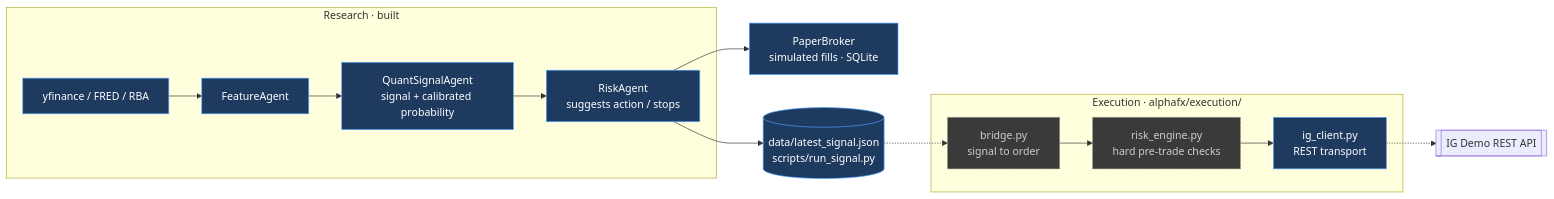
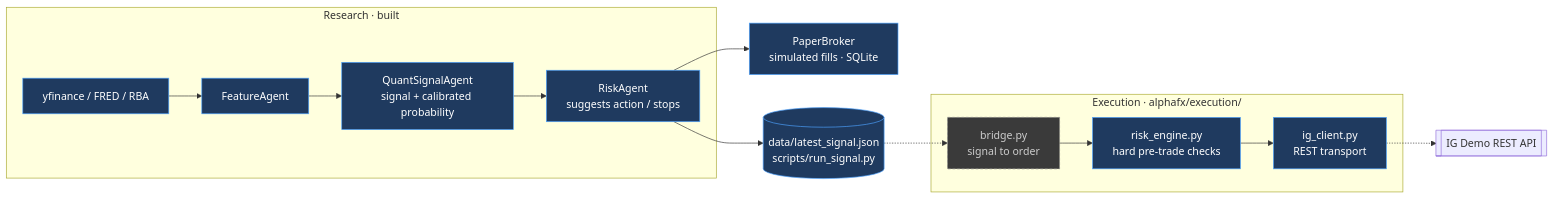
One commit to lvyongyu/AlphaFX changed the first of 4 diagrams in docs/execution-flow.md. Above: the diagram before and after it, drawn with Mermaid. The commit also changed other lines of this file and 6 other files, not shown here.

````diff
--- a/docs/execution-flow.md
+++ b/docs/execution-flow.md
@@ -13,26 +15,26 @@
 ```mermaid
 flowchart LR
     subgraph RESEARCH["Research · built"]
         DATA[yfinance / FRED / RBA] --> FEAT[FeatureAgent]
         FEAT --> QS[QuantSignalAgent<br/>signal + calibrated probability]
         QS --> RISK[RiskAgent<br/>suggests action / stops]
     end
 
     RISK --> PAPER[PaperBroker<br/>simulated fills · SQLite]
     RISK --> JSON[(data/latest_signal.json<br/>scripts/run_signal.py)]
 
     subgraph EXEC["Execution · alphafx/execution/"]
         BRIDGE[bridge.py<br/>signal to order]
         RE[risk_engine.py<br/>hard pre-trade checks]
         IGC[ig_client.py<br/>REST transport]
         BRIDGE --> RE --> IGC
     end
 
     JSON -.-> BRIDGE
     IGC -.-> IG[[IG Demo REST API]]
 
     classDef built fill:#1f3a5f,stroke:#4da3ff,color:#fff;
     classDef todo fill:#3a3a3a,stroke:#888,color:#ccc,stroke-dasharray:4 3;
-    class DATA,FEAT,QS,RISK,PAPER,JSON,IGC built;
-    class BRIDGE,RE todo;
+    class DATA,FEAT,QS,RISK,PAPER,JSON,IGC,RE built;
+    class BRIDGE todo;
 ```
````
